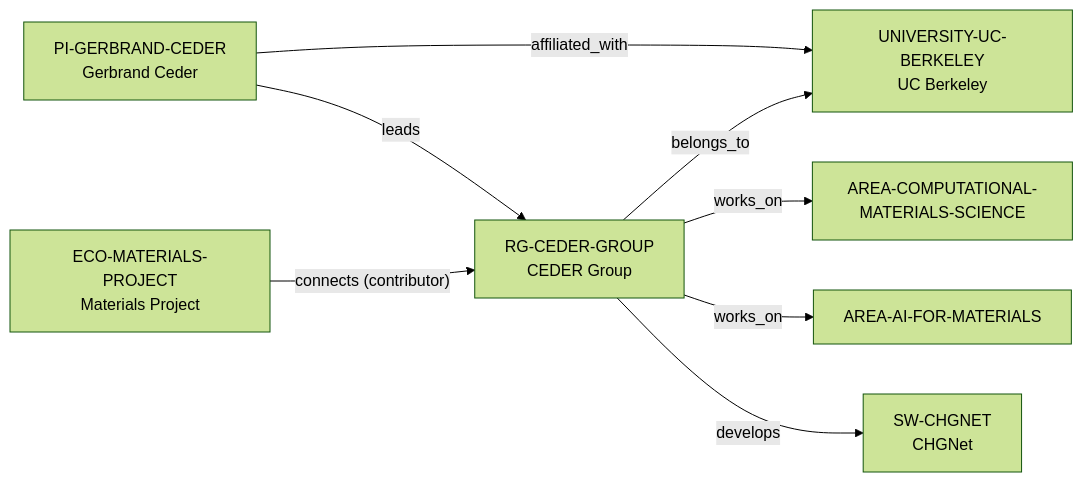
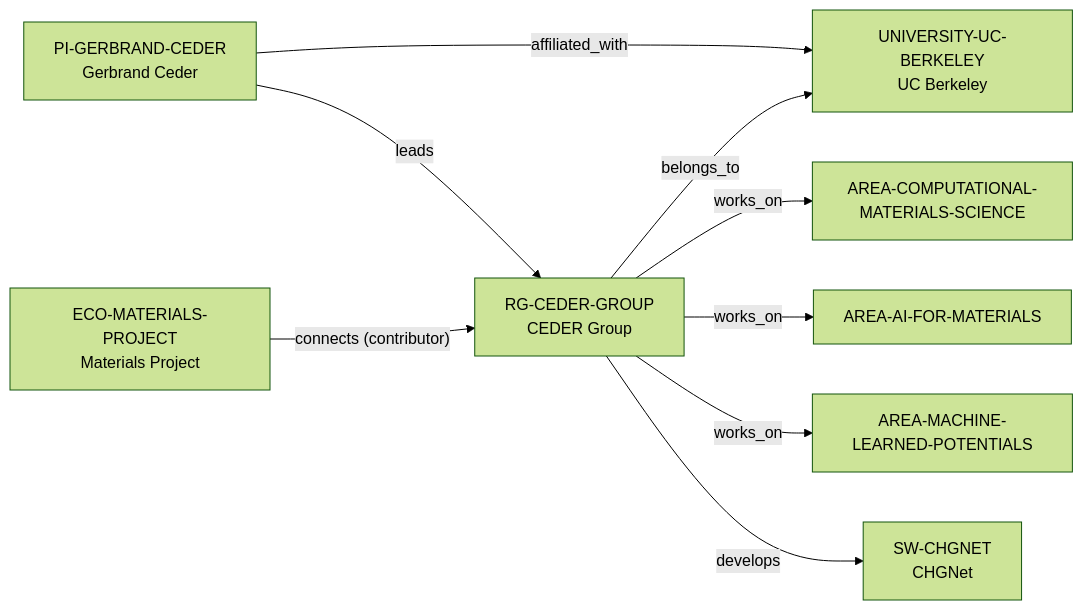
One commit to akin-oz/research-landscape changed the diagram in docs/ceder-group-intelligence-vertical-slice.md. Above: the diagram before and after it, drawn with Mermaid (forest theme). The commit also changed other lines of this file and 21 other files, not shown here.

Commit message:
feat: add machine learned potentials discovery

````diff
--- a/docs/ceder-group-intelligence-vertical-slice.md
+++ b/docs/ceder-group-intelligence-vertical-slice.md
@@ -16,10 +16,11 @@
 ```mermaid
 flowchart LR
   PI["PI-GERBRAND-CEDER\nGerbrand Ceder"] -->|"leads"| RG["RG-CEDER-GROUP\nCEDER Group"]
   PI -->|"affiliated_with"| U["UNIVERSITY-UC-BERKELEY\nUC Berkeley"]
   RG -->|"belongs_to"| U
   RG -->|"works_on"| CMS["AREA-COMPUTATIONAL-MATERIALS-SCIENCE"]
   RG -->|"works_on"| AI["AREA-AI-FOR-MATERIALS"]
+  RG -->|"works_on"| MLP["AREA-MACHINE-LEARNED-POTENTIALS"]
   RG -->|"develops"| SW["SW-CHGNET\nCHGNet"]
   ECO["ECO-MATERIALS-PROJECT\nMaterials Project"] -->|"connects (contributor)"| RG
 ```
````
